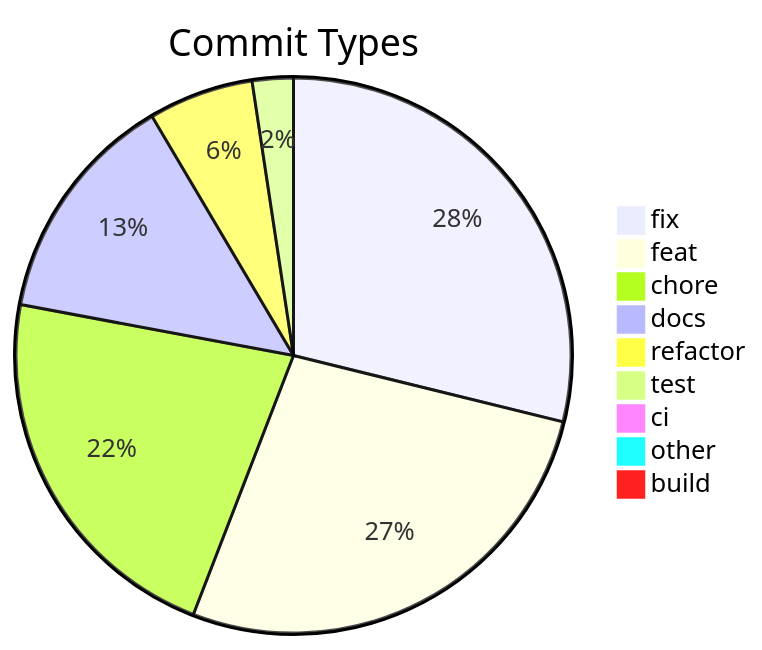
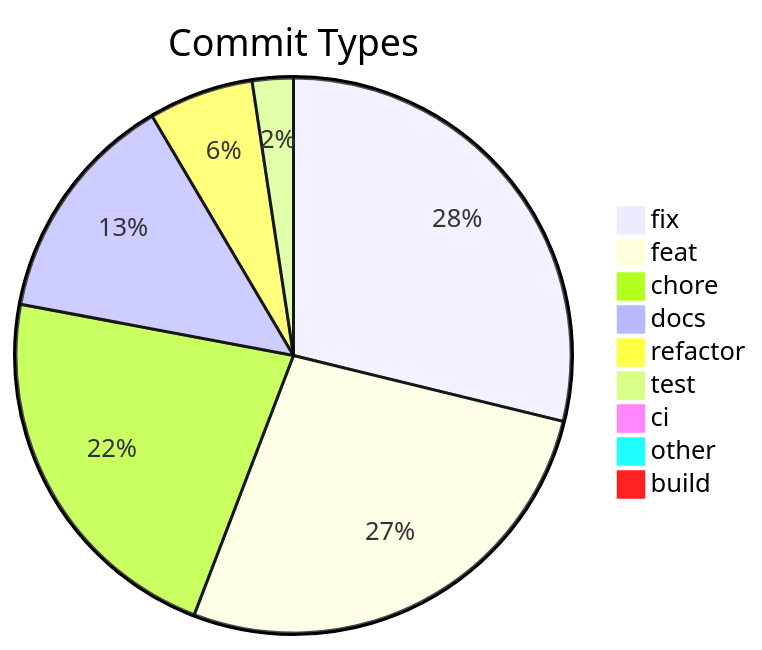
The diagram in .shipwright/compliance/change-history.md (svenroth-ai/shipwright), drawn with Mermaid before and after one commit. The commit also changed other lines of this file and 13 other files, not shown here.

````diff
--- a/.shipwright/compliance/change-history.md
+++ b/.shipwright/compliance/change-history.md
@@ -8,12 +8,12 @@
 ```mermaid
 pie title Commit Types
     "fix" : 302
     "feat" : 283
-    "chore" : 231
+    "chore" : 232
     "docs" : 142
     "refactor" : 64
     "test" : 25
     "ci" : 7
     "other" : 7
     "build" : 1
 ```
````
